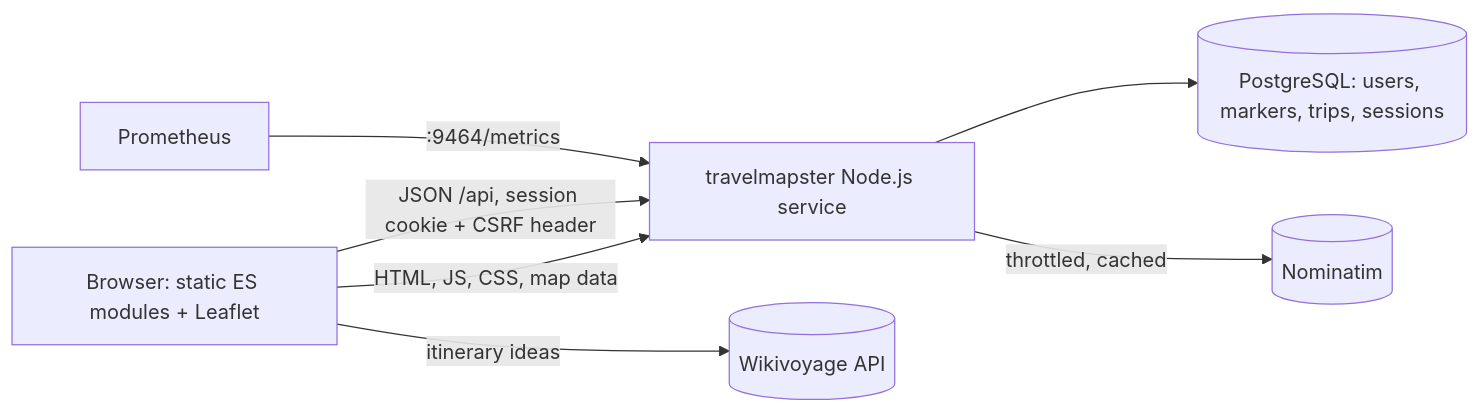
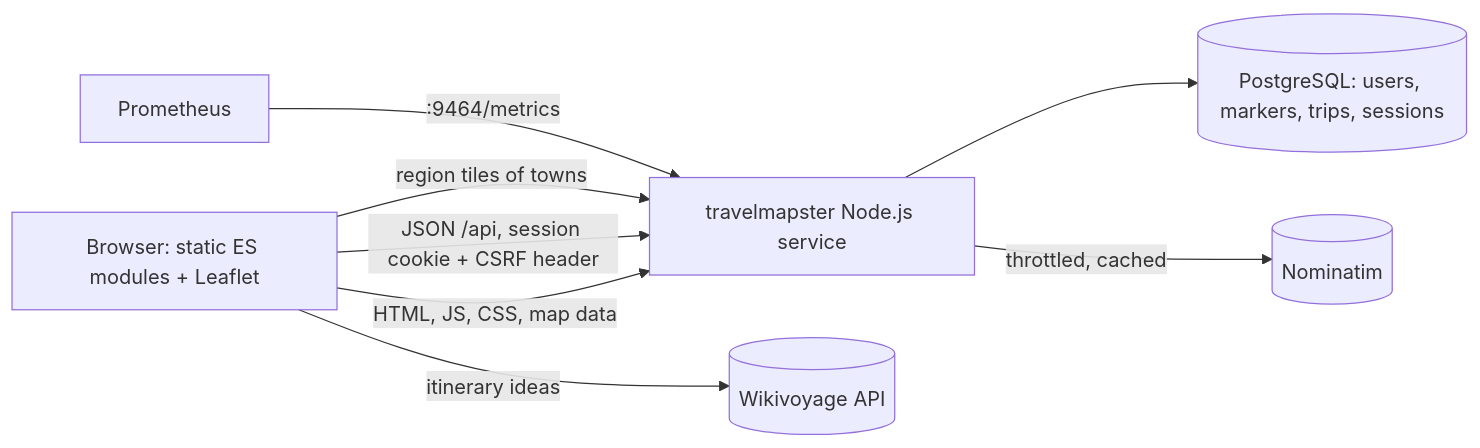
One commit to chefzaid/travelmapster changed the diagram in docs/architecture.md. Above: the diagram before and after it, drawn with Mermaid. The commit also changed other lines of this file and 182 other files, not shown here.

````diff
--- a/docs/architecture.md
+++ b/docs/architecture.md
@@ -5,9 +5,10 @@
 ```mermaid
 flowchart LR
     browser[Browser: static ES modules + Leaflet] -->|HTML, JS, CSS, map data| app[travelmapster Node.js service]
     browser -->|JSON /api, session cookie + CSRF header| app
     browser -->|itinerary ideas| wikivoyage[(Wikivoyage API)]
     app --> pg[(PostgreSQL: users, markers, trips, sessions)]
     app -->|throttled, cached| nominatim[(Nominatim)]
+    browser -->|region tiles of towns| app
     prometheus[Prometheus] -->|:9464/metrics| app
 ```
````
